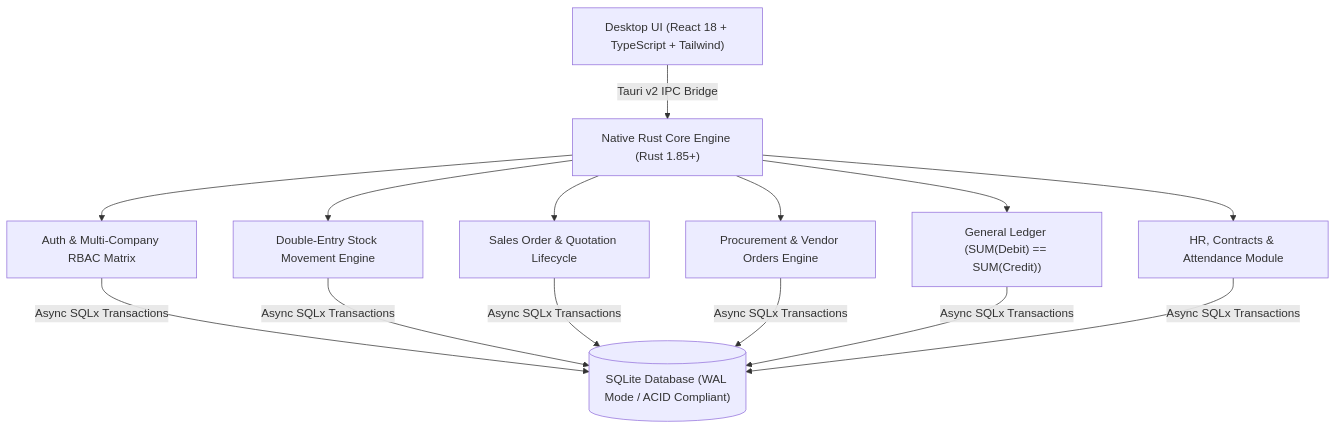
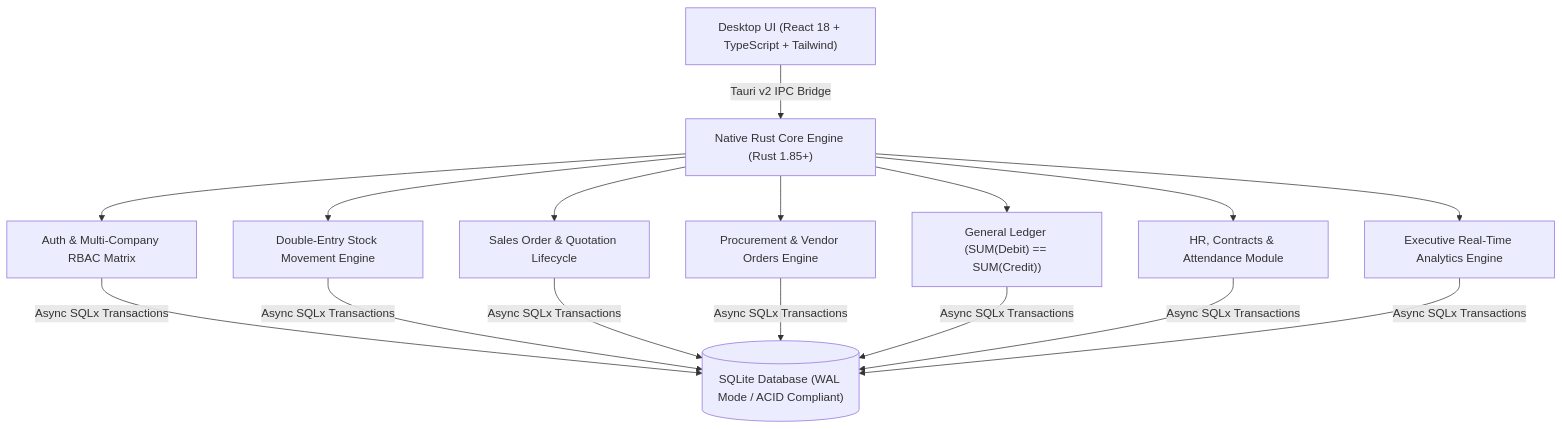
One commit to Omar-b381/MIZAN-ERP changed the first of 7 diagrams in README.md. Above: the diagram before and after it, drawn with Mermaid. The commit also changed other lines of this file, not shown here.

Commit message:
docs: comprehensive update of README with Phase 6 & Phase 7 capabilities, architecture diagrams, and 58 passing tests

````diff
--- a/README.md
+++ b/README.md
@@ -58,11 +58,12 @@
 ```mermaid
 graph TD
     UI["Desktop UI (React 18 + TypeScript + Tailwind)"] -->|Tauri v2 IPC Bridge| Engine["Native Rust Core Engine (Rust 1.85+)"]
     Engine --> Auth["Auth & Multi-Company RBAC Matrix"]
     Engine --> Stock["Double-Entry Stock Movement Engine"]
     Engine --> Sales["Sales Order & Quotation Lifecycle"]
     Engine --> Purchases["Procurement & Vendor Orders Engine"]
     Engine --> GL["General Ledger (SUM(Debit) == SUM(Credit))"]
     Engine --> HR["HR, Contracts & Attendance Module"]
-    Auth & Stock & Sales & Purchases & GL & HR -->|Async SQLx Transactions| DB[("SQLite Database (WAL Mode / ACID Compliant)")]
+    Engine --> Dashboard["Executive Real-Time Analytics Engine"]
+    Auth & Stock & Sales & Purchases & GL & HR & Dashboard -->|Async SQLx Transactions| DB[("SQLite Database (WAL Mode / ACID Compliant)")]
 ```
````
